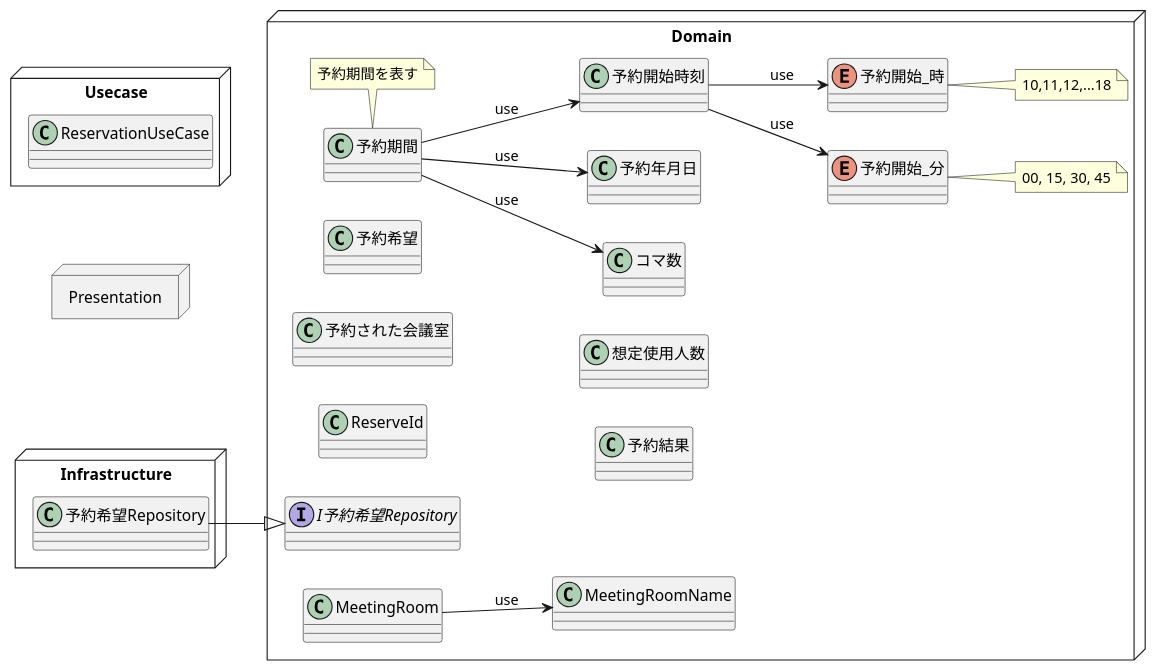
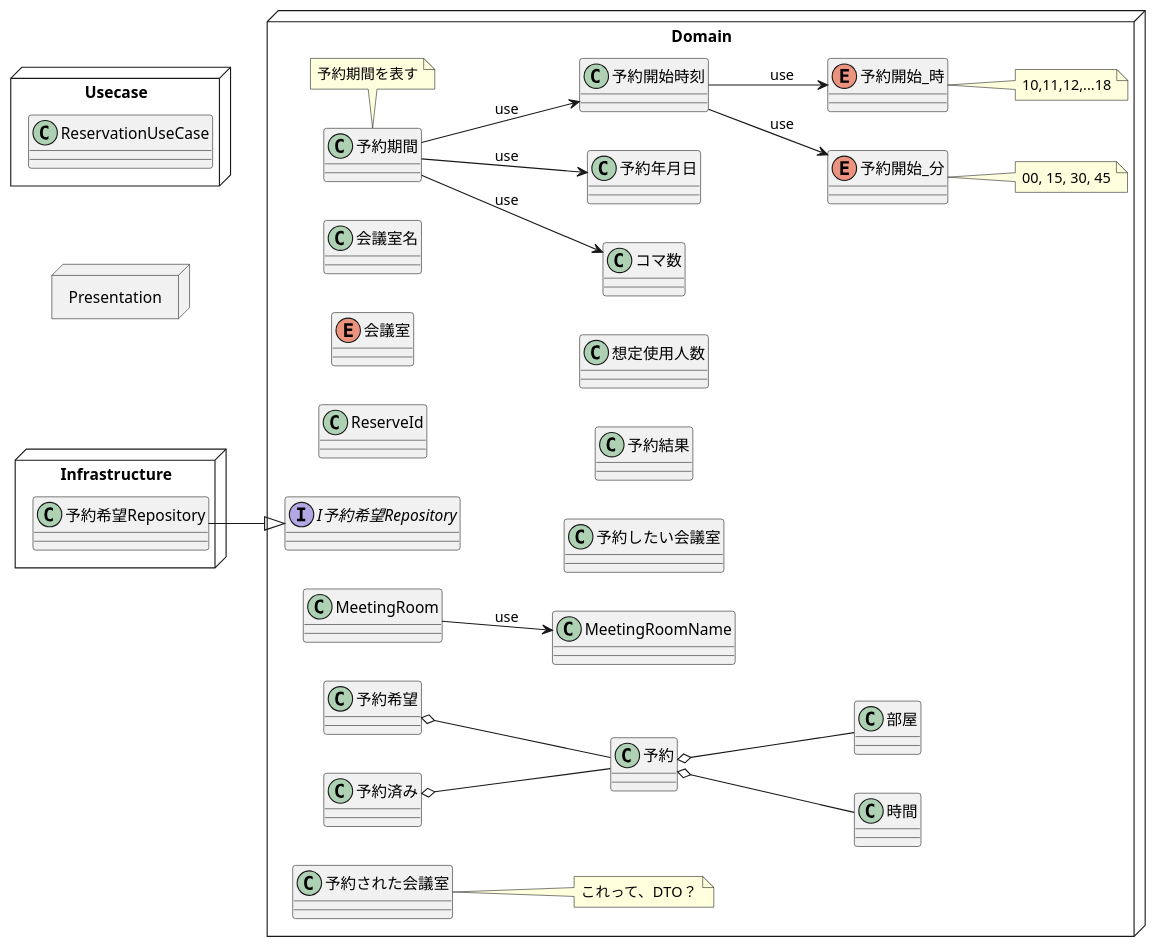
One commit to t2-kob/ModelingKai-Reservation changed the diagram in diagram/モデル図.md. Above: the diagram before and after it, drawn with PlantUML. The commit also changed 15 other files, not shown here.

````diff
--- a/diagram/モデル図.md
+++ b/diagram/モデル図.md
@@ -3,51 +3,61 @@
 ```puml
 @startuml
 left to right direction
 
 node Domain {
     interface I予約希望Repository
     class MeetingRoom
     class MeetingRoomName
 
     class 予約期間 
     note bottom : 予約期間を表す
 
+予約希望 o-- 予約
+予約済み o-- 予約
+
+予約 o-- 時間
+予約 o-- 部屋
+
     class ReserveId
+    enum 会議室
+    class 会議室名
     class コマ数
     class 予約された会議室
+    note right : これって、DTO？
+    class 予約したい会議室
     class 予約希望
     class 予約年月日
     class 予約結果
     enum 予約開始_分
     note right : 00, 15, 30, 45
 
     enum 予約開始_時
     note right : 10,11,12,...18
 
     class 予約開始時刻
     class 想定使用人数
 
     予約期間 --> コマ数 : use
     予約期間 --> 予約年月日 : use
     予約期間 --> 予約開始時刻 : use 
 
     MeetingRoom --> MeetingRoomName : use
     予約開始時刻 --> 予約開始_分 : use
     予約開始時刻 --> 予約開始_時 : use
 }
 node Infrastructure {
     class 予約希望Repository
 }
 
 予約希望Repository --|> I予約希望Repository 
 
 node Usecase {
     class ReservationUseCase
 }
 
 node Presentation {
 
 }
 
 @enduml
 ```
````
